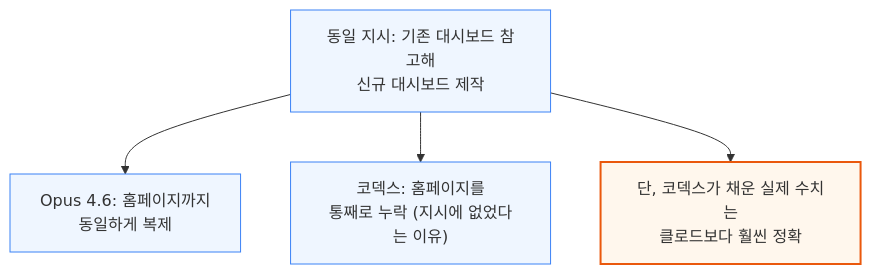
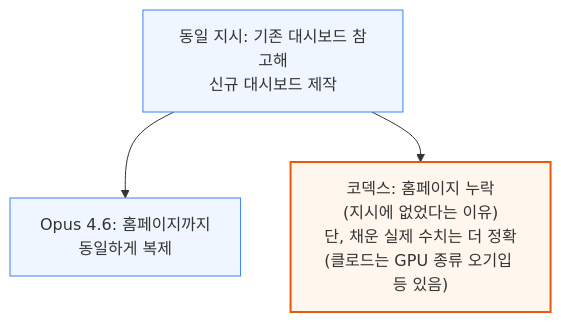
The seventh of 17 diagrams in source/newsletter/ai_models/agents/[260425] 코딩 어시스턴트 해부 - 토큰을 더 주세요.md (yohan4477/semi-report), drawn with Mermaid before and after one commit. The commit also changed other lines of this file, not shown here.

````diff
--- a/source/newsletter/ai_models/agents/[260425] 코딩 어시스턴트 해부 - 토큰을 더 주세요.md
+++ b/source/newsletter/ai_models/agents/[260425] 코딩 어시스턴트 해부 - 토큰을 더 주세요.md
@@ -168,10 +165,9 @@
 ```mermaid
 flowchart TD
     A["동일 지시: 기존 대시보드 참고해<br/>신규 대시보드 제작"] --> B["Opus 4.6: 홈페이지까지<br/>동일하게 복제"]
-    A --> C["코덱스: 홈페이지를<br/>통째로 누락 (지시에 없었다는 이유)"]
-    A --> D["단, 코덱스가 채운 실제 수치는<br/>클로드보다 훨씬 정확"]
+    A --> C["코덱스: 홈페이지 누락<br/>(지시에 없었다는 이유)<br/>단, 채운 실제 수치는 더 정확<br/>(클로드는 GPU 종류 오기입 등 있음)"]
 
     classDef default fill:#eff6ff,stroke:#3b82f6,stroke-width:1px;
     classDef highlight fill:#fff7ed,stroke:#ea580c,stroke-width:2px;
-    class D highlight;
+    class C highlight;
 ```
````
